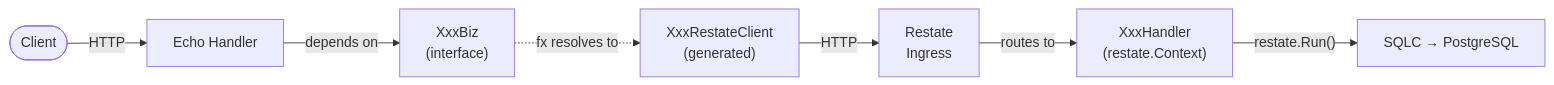
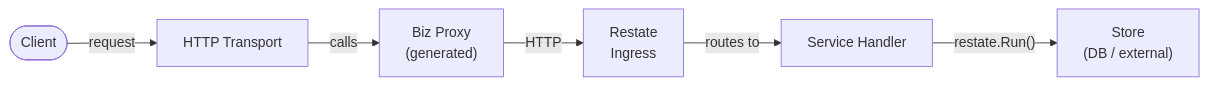
The first of 2 diagrams in README.md (shopnexus/shopnexus-server), drawn with Mermaid before and after one commit. The commit also changed other lines of this file and 9 other files, not shown here.

Commit message:
extract conventions to assets/ and refresh module ER diagrams

````diff
--- a/README.md
+++ b/README.md
@@ -41,9 +15,8 @@
 ```mermaid
 flowchart LR
-    Client([Client]) -->|HTTP| Echo["Echo Handler"]
-    Echo -->|depends on| Biz["XxxBiz\n(interface)"]
-    Biz -.->|"fx resolves to"| Proxy["XxxRestateClient\n(generated)"]
-    Proxy -->|HTTP| Restate["Restate\nIngress"]
-    Restate -->|routes to| Handler["XxxHandler\n(restate.Context)"]
-    Handler -->|"restate.Run()"| SQLC["SQLC → PostgreSQL"]
+    Client([Client]) -->|request| HTTP["HTTP Transport"]
+    HTTP -->|calls| Proxy["Biz Proxy\n(generated)"]
+    Proxy -->|HTTP| Ingress["Restate\nIngress"]
+    Ingress -->|routes to| Service["Service Handler"]
+    Service -->|"restate.Run()"| Store["Store\n(DB / external)"]
 ```
````
